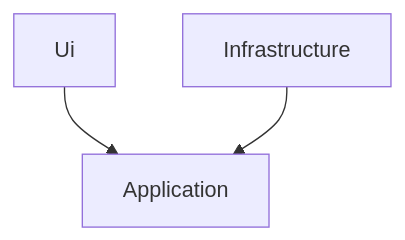
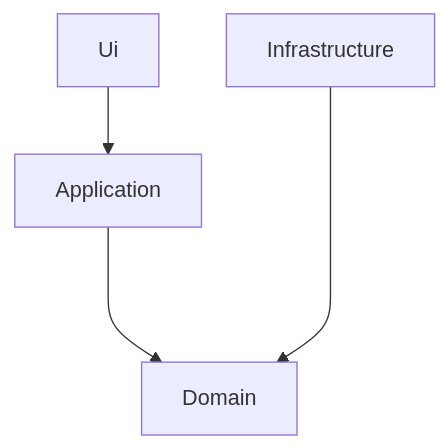
One commit to B-Galati/Talk-DDD-Architecture-Hexagonale changed the diagram in README.md. Above: the diagram before and after it, drawn with Mermaid. The commit also changed other lines of this file and 14 other files, not shown here.

````diff
--- a/README.md
+++ b/README.md
@@ -9,5 +11,6 @@
 ```mermaid
 graph TB
   Ui-->Application
-  Infrastructure-->Application
+  Application--->Domain
+  Infrastructure---->Domain
 ```
````
